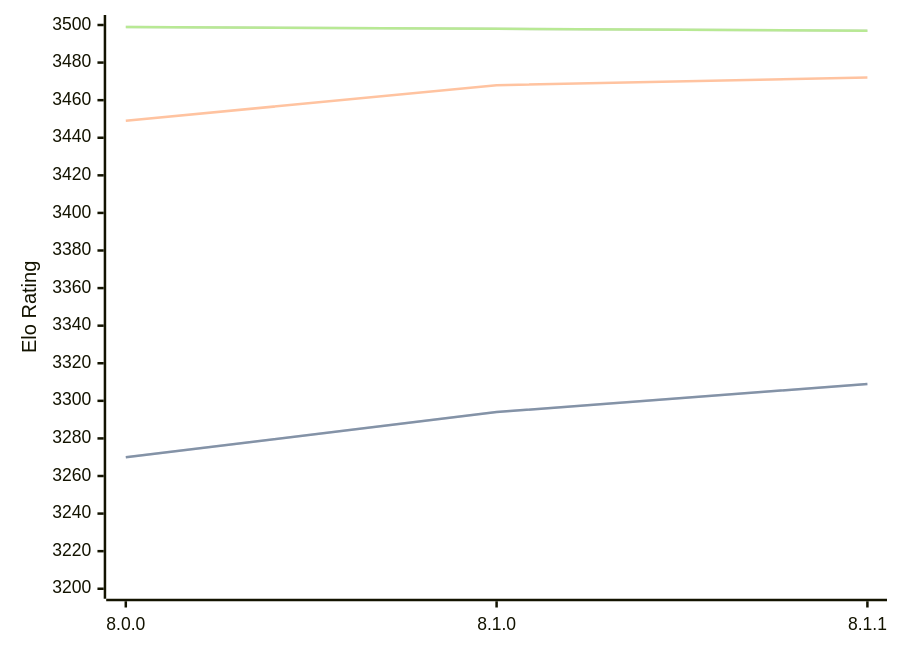
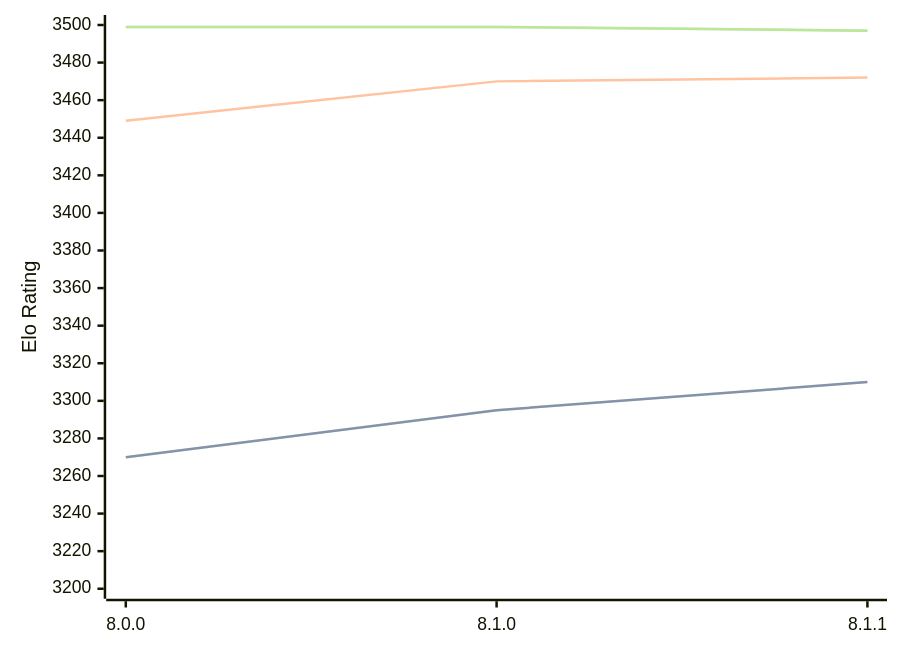
The diagram in engines/Velvet.md (computer-chess-index/cci), drawn with Mermaid before and after one commit. The commit also changed other lines of this file, not shown here.

Commit message:
Update CCI Ratings (ELO VLTC) - 2026-04-13

````diff
--- a/engines/Velvet.md
+++ b/engines/Velvet.md
@@ -57,11 +57,11 @@
 ```mermaid
 %%{init: {"theme":"base","themeVariables":{"seriesColors:['#a3a3a3','#222221','#faa371']}}}%%
 xychart-beta
   x-axis ["8.0.0", "8.1.0", "8.1.1"]
   y-axis "Elo Rating" 3200 --> 3500
-  line "STC (8.0+0.08s)" [3270, 3294, 3309]
-  line "STC (8.0+0.08s)" [3270, 3294, 3309]
-  line "LTC (60.0+0.60s)" [3449, 3468, 3472]
-  line "VLTC (2m24s+1.12s)" [3499, 3498, 3497]
-  line "VLTC (2m24s+1.12s)" [3499, 3498, 3497]
+  line "STC (8.0+0.08s)" [3270, 3295, 3310]
+  line "STC (8.0+0.08s)" [3270, 3295, 3310]
+  line "LTC (60.0+0.60s)" [3449, 3470, 3472]
+  line "VLTC (2m24s+1.12s)" [3499, 3499, 3497]
+  line "VLTC (2m24s+1.12s)" [3499, 3499, 3497]
 ```
````
